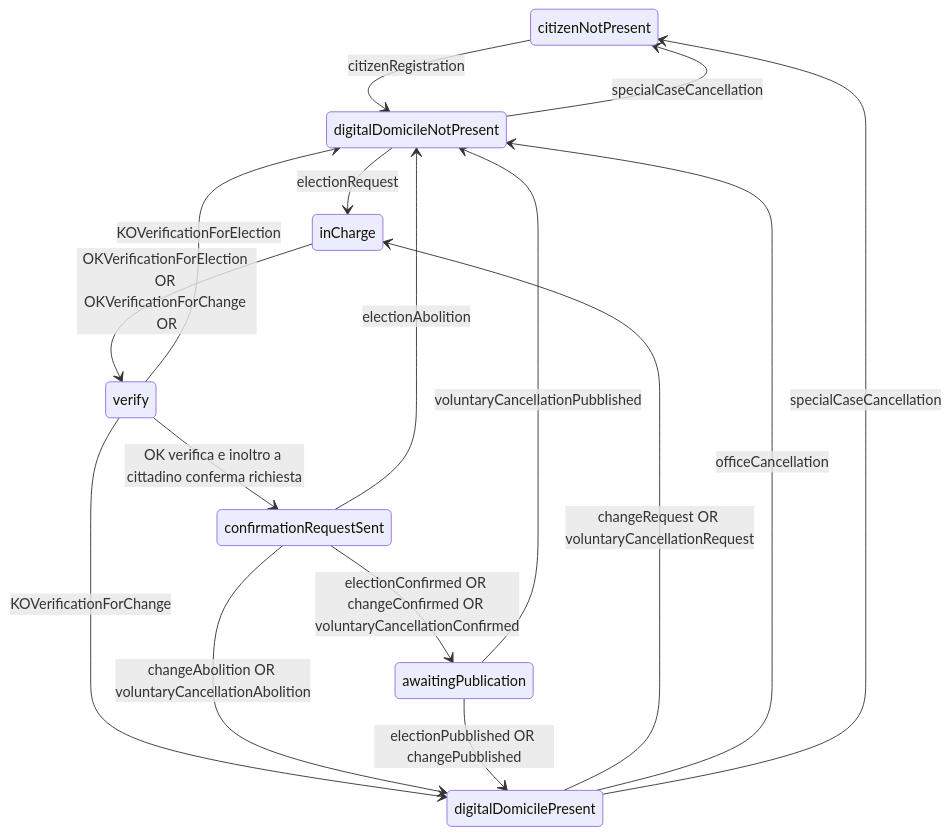
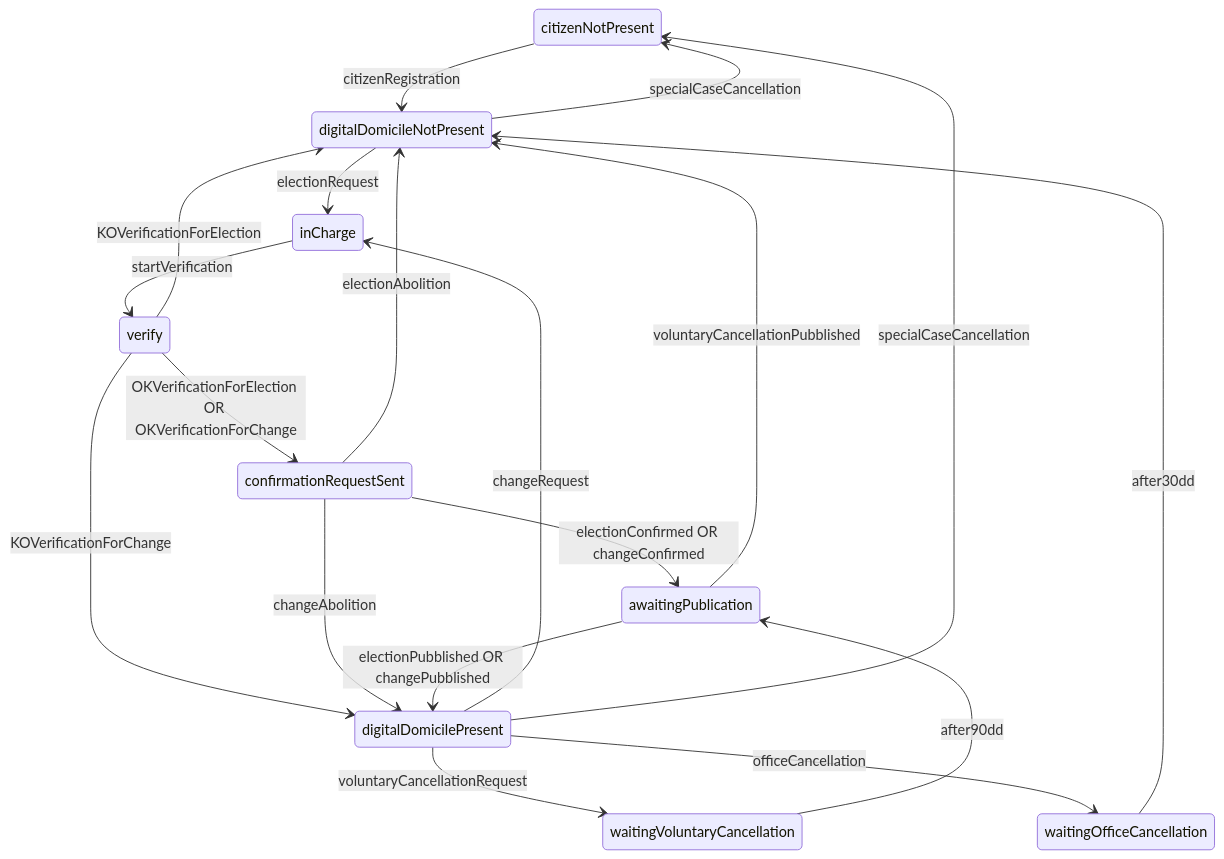
Before and after one commit to ioggstream/verify_integration_INAD_with_ANPR-IO: the diagram in readme.md, drawn with Mermaid. The commit also changed other lines of this file and 10 other files, not shown here.

````diff
--- a/readme.md
+++ b/readme.md
@@ -478,32 +458,38 @@
 ```mermaid
   stateDiagram-v2
     citizenNotPresent --> digitalDomicileNotPresent: citizenRegistration  
 
     digitalDomicileNotPresent --> inCharge: electionRequest
 
-    digitalDomicilePresent --> inCharge: changeRequest OR voluntaryCancellationRequest    
+    digitalDomicilePresent --> inCharge: changeRequest 
 
-    inCharge --> verify: OKVerificationForElection OR OKVerificationForChange OR 
+    digitalDomicilePresent --> waitingVoluntaryCancellation: voluntaryCancellationRequest
 
-    verify --> confirmationRequestSent: OK verifica e inoltro a cittadino conferma richiesta
+    inCharge --> verify: startVerification
+
+    verify --> confirmationRequestSent: OKVerificationForElection OR OKVerificationForChange    
+
+    verify --> digitalDomicileNotPresent: KOVerificationForElection 
 
     verify --> digitalDomicilePresent: KOVerificationForChange
 
-    verify --> digitalDomicileNotPresent: KOVerificationForElection  
-
-    confirmationRequestSent --> awaitingPublication: electionConfirmed OR changeConfirmed OR voluntaryCancellationConfirmed
+    confirmationRequestSent --> awaitingPublication: electionConfirmed OR changeConfirmed
 
     confirmationRequestSent --> digitalDomicileNotPresent: electionAbolition
 
-    confirmationRequestSent --> digitalDomicilePresent: changeAbolition OR voluntaryCancellationAbolition
+    confirmationRequestSent --> digitalDomicilePresent: changeAbolition
+
+    waitingVoluntaryCancellation --> awaitingPublication: after90dd
 
     awaitingPublication --> digitalDomicilePresent: electionPubblished OR changePubblished
-    
+
     awaitingPublication --> digitalDomicileNotPresent: voluntaryCancellationPubblished
 
-    digitalDomicilePresent --> digitalDomicileNotPresent: officeCancellation
+    digitalDomicilePresent --> waitingOfficeCancellation: officeCancellation
+
+    waitingOfficeCancellation --> digitalDomicileNotPresent: after30dd
 
     digitalDomicilePresent --> citizenNotPresent: specialCaseCancellation
 
     digitalDomicileNotPresent --> citizenNotPresent: specialCaseCancellation
 ```
````
